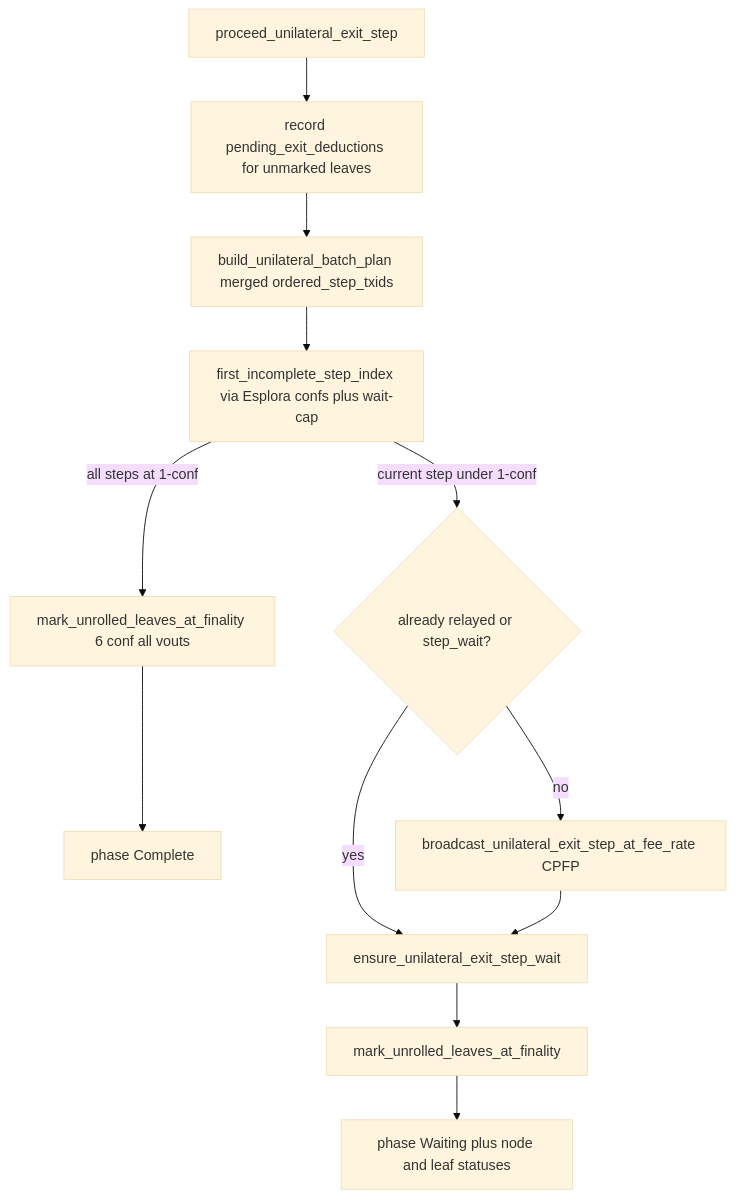
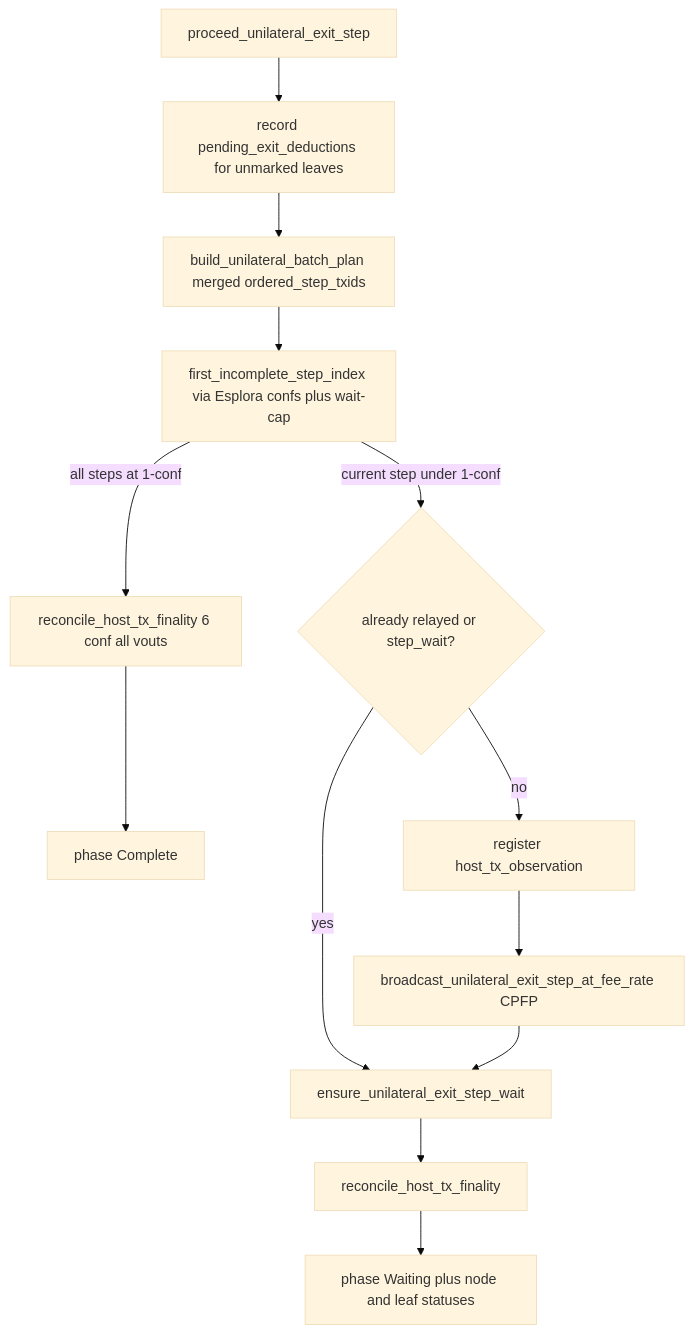
The second of 2 diagrams in docs/unilateral-exit.md (Radivis/bitboard-pwa-wallet), drawn with Mermaid (base theme) before and after one commit. The commit also changed other lines of this file and 21 other files, not shown here.

````diff
--- a/docs/unilateral-exit.md
+++ b/docs/unilateral-exit.md
@@ -242,15 +242,16 @@
 ```mermaid
 flowchart TD
   start[proceed_unilateral_exit_step]
   start --> pending[record pending_exit_deductions for unmarked leaves]
   pending --> plan[build_unilateral_batch_plan merged ordered_step_txids]
   plan --> idx[first_incomplete_step_index via Esplora confs plus wait-cap]
-  idx -->|"all steps at 1-conf"| markLeaf[mark_unrolled_leaves_at_finality 6 conf all vouts]
-  markLeaf --> done[phase Complete]
+  idx -->|"all steps at 1-conf"| reconcile[reconcile_host_tx_finality 6 conf all vouts]
+  reconcile --> done[phase Complete]
   idx -->|"current step under 1-conf"| relay{already relayed or step_wait?}
-  relay -->|no| bump[broadcast_unilateral_exit_step_at_fee_rate CPFP]
+  relay -->|no| register[register host_tx_observation]
+  register --> bump[broadcast_unilateral_exit_step_at_fee_rate CPFP]
   relay -->|yes| waitRec[ensure_unilateral_exit_step_wait]
   bump --> waitRec
-  waitRec --> markLeaf2[mark_unrolled_leaves_at_finality]
-  markLeaf2 --> waiting[phase Waiting plus node and leaf statuses]
+  waitRec --> reconcile2[reconcile_host_tx_finality]
+  reconcile2 --> waiting[phase Waiting plus node and leaf statuses]
 ```
````
